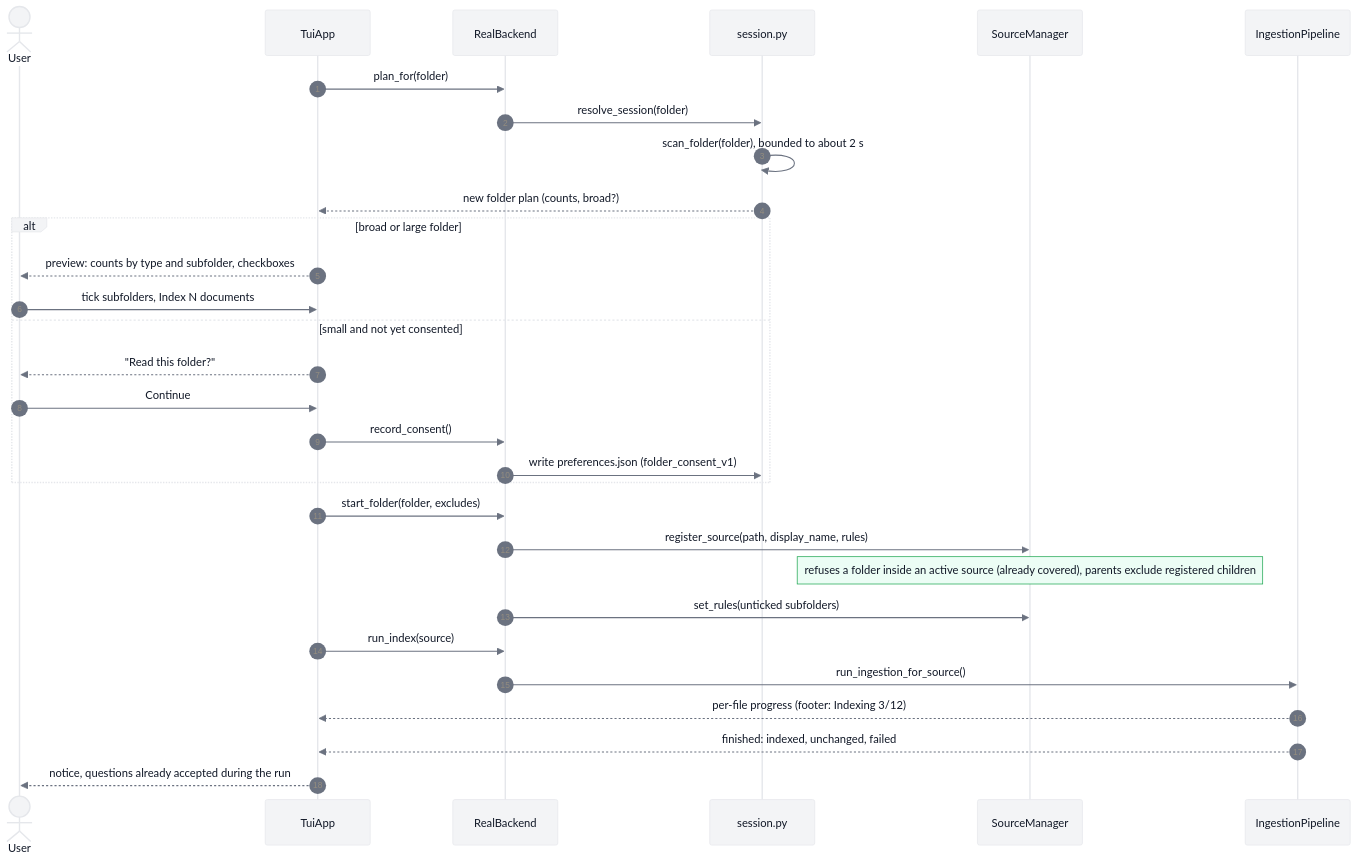
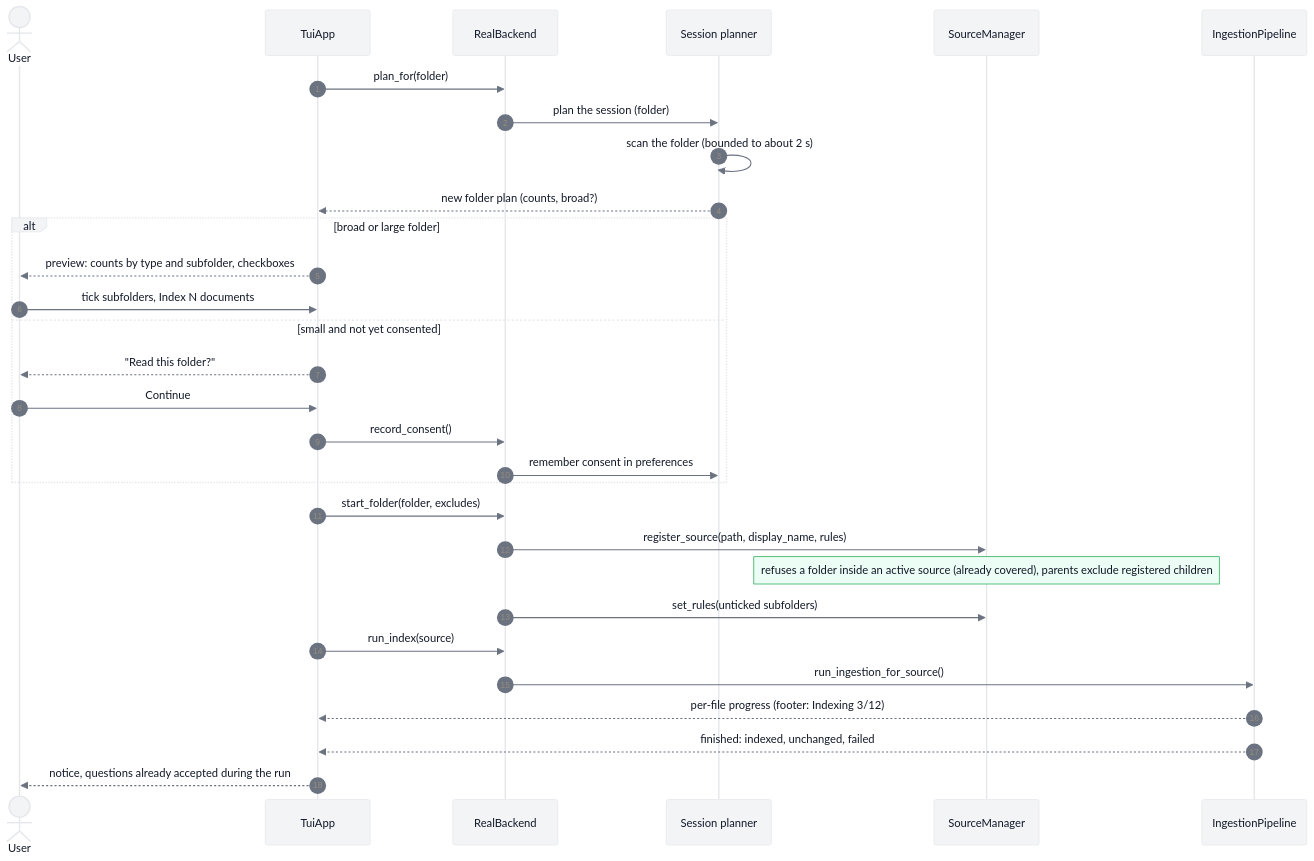
The second of 11 diagrams in Upgrade/18-current-architecture-sequences.md (notSylas/Docket), drawn with Mermaid before and after one commit. The commit also changed other lines of this file and 3 other files, not shown here.

Commit message:
docs(upgrade): remove source-file references from the architecture diagrams

````diff
--- a/Upgrade/18-current-architecture-sequences.md
+++ b/Upgrade/18-current-architecture-sequences.md
@@ -62,33 +60,33 @@
 ```mermaid
 %%{init: {'theme':'base','themeVariables':{'primaryColor':'#F3F4F6','primaryBorderColor':'#E5E7EB','primaryTextColor':'#111827','lineColor':'#6B7280','actorBkg':'#F3F4F6','actorBorder':'#E5E7EB','actorTextColor':'#111827','signalColor':'#6B7280','signalTextColor':'#111827','noteBkgColor':'#ECFDF5','noteBorderColor':'#16A34A','noteTextColor':'#111827','activationBkgColor':'#ECFDF5','activationBorderColor':'#16A34A','fontFamily':'ui-sans-serif, system-ui, sans-serif'}}}%%
 sequenceDiagram
     autonumber
     actor U as User
     participant UI as TuiApp
     participant B as RealBackend
-    participant SS as session.py
+    participant SS as Session planner
     participant SM as SourceManager
     participant P as IngestionPipeline
     UI->>B: plan_for(folder)
-    B->>SS: resolve_session(folder)
-    SS->>SS: scan_folder(folder), bounded to about 2 s
+    B->>SS: plan the session (folder)
+    SS->>SS: scan the folder (bounded to about 2 s)
     SS-->>UI: new folder plan (counts, broad?)
     alt broad or large folder
         UI-->>U: preview: counts by type and subfolder, checkboxes
         U->>UI: tick subfolders, Index N documents
     else small and not yet consented
         UI-->>U: "Read this folder?"
         U->>UI: Continue
         UI->>B: record_consent()
-        B->>SS: write preferences.json (folder_consent_v1)
+        B->>SS: remember consent in preferences
     end
     UI->>B: start_folder(folder, excludes)
     B->>SM: register_source(path, display_name, rules)
     Note over SM: refuses a folder inside an active source (already covered), parents exclude registered children
     B->>SM: set_rules(unticked subfolders)
     UI->>B: run_index(source)
     B->>P: run_ingestion_for_source()
     P-->>UI: per-file progress (footer: Indexing 3/12)
     P-->>UI: finished: indexed, unchanged, failed
     UI-->>U: notice, questions already accepted during the run
 ```
````
